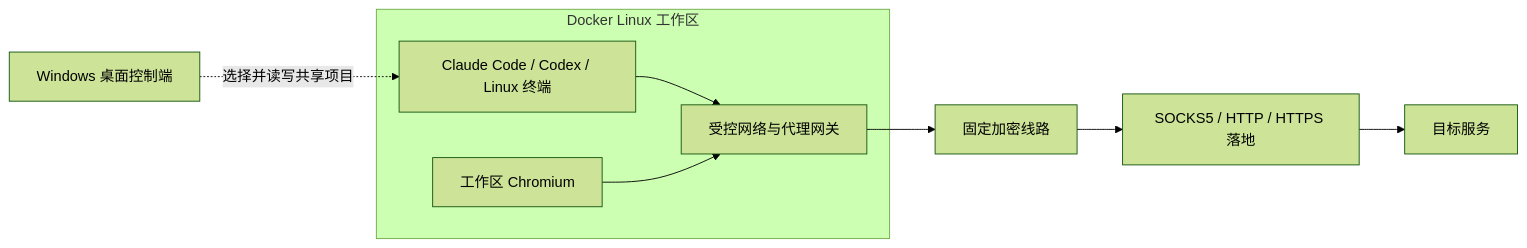
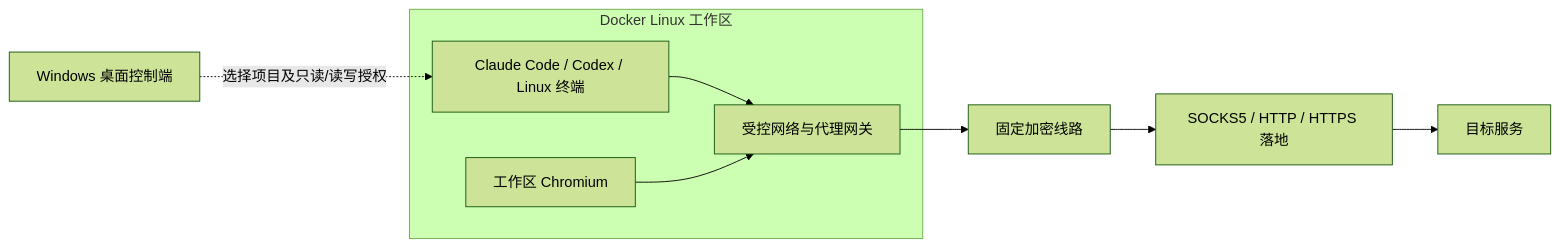
One commit to engeeeee/-enge-spx changed the diagram in README.md. Above: the diagram before and after it, drawn with Mermaid (forest theme). The commit also changed other lines of this file and 33 other files, not shown here.

````diff
--- a/README.md
+++ b/README.md
@@ -43,14 +44,14 @@
 ```mermaid
 flowchart LR
-    W["Windows 桌面控制端"] -. "选择并读写共享项目" .-> T
+    W["Windows 桌面控制端"] -. "选择项目及只读/读写授权" .-> T
     subgraph C["Docker Linux 工作区"]
         T["Claude Code / Codex / Linux 终端"]
         B["工作区 Chromium"]
         G["受控网络与代理网关"]
         T --> G
         B --> G
     end
     G --> L["固定加密线路"]
     L --> P["SOCKS5 / HTTP / HTTPS 落地"]
     P --> S["目标服务"]
 ```
````
